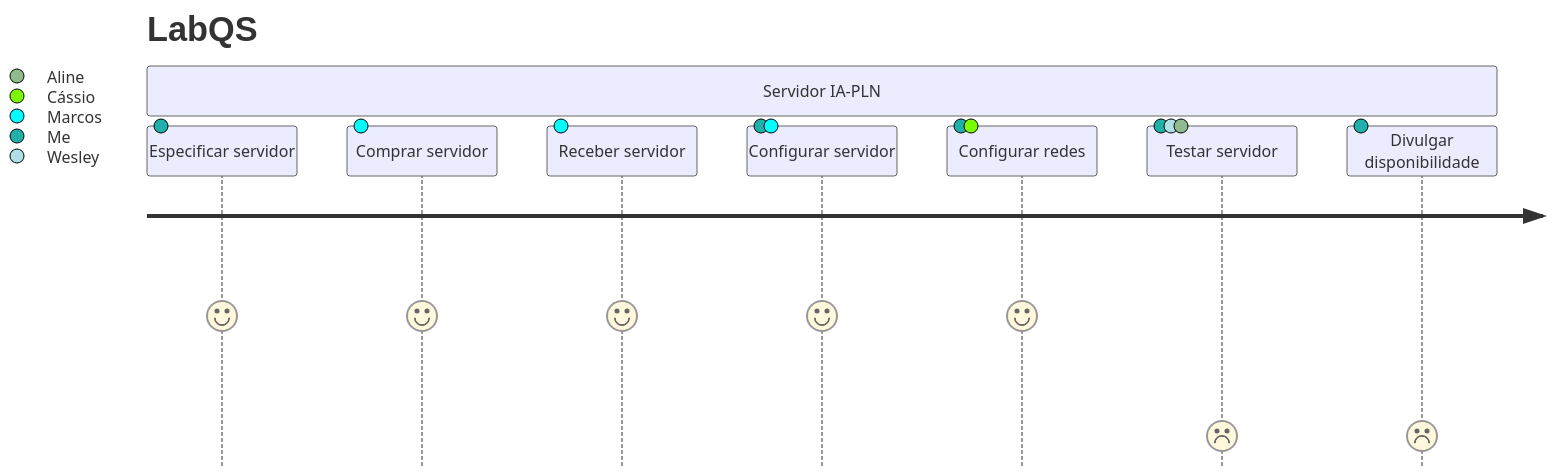
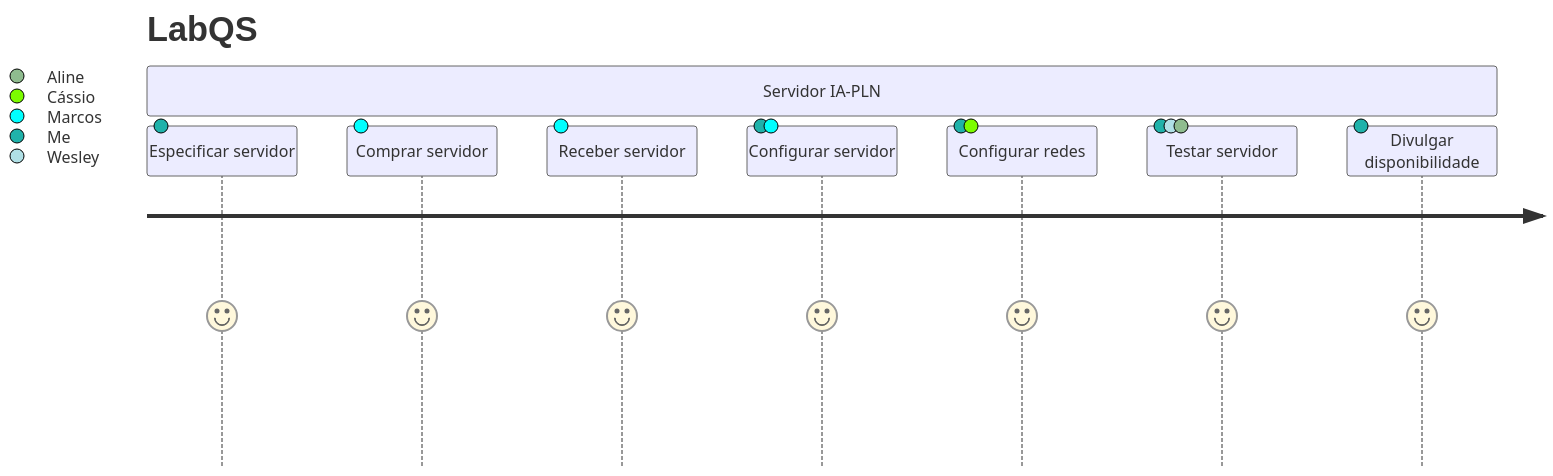
The sixth of 9 diagrams in xen/README.md (LabQS-ITA/cloud), drawn with Mermaid before and after one commit. The commit also changed other lines of this file and 1 other file, not shown here.

````diff
--- a/xen/README.md
+++ b/xen/README.md
@@ -490,12 +496,12 @@
 ```mermaid
 journey
     title LabQS
     section Servidor IA-PLN
         Especificar servidor: 5: Me
         Comprar servidor: 5: Marcos
         Receber servidor: 5: Marcos
         Configurar servidor: 5: Me, Marcos
         Configurar redes: 5: Me, Cássio
-        Testar servidor: 1: Me, Wesley, Aline
-        Divulgar disponibilidade: 1: Me
+        Testar servidor: 5: Me, Wesley, Aline
+        Divulgar disponibilidade: 5: Me
 ```
````
